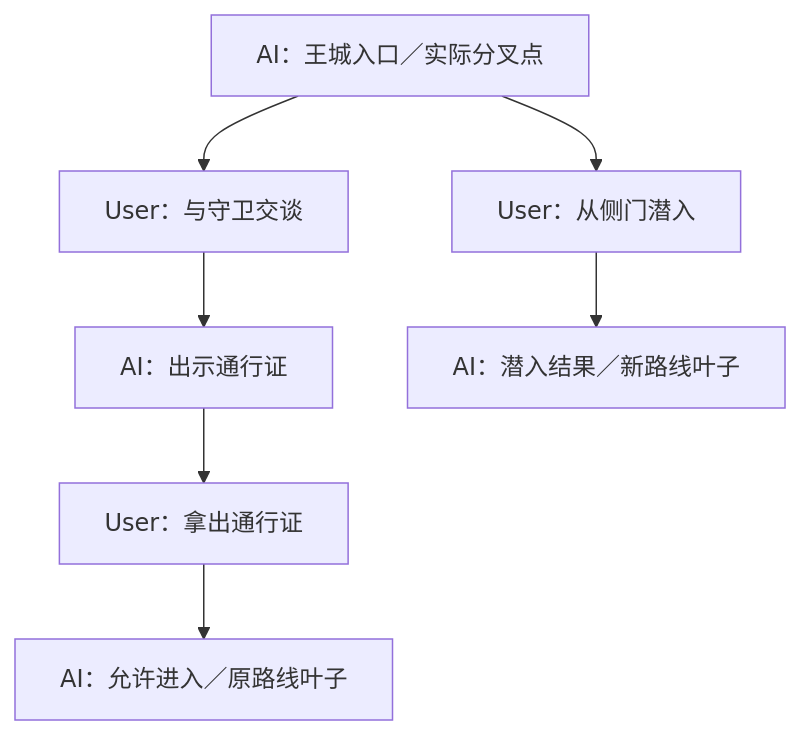
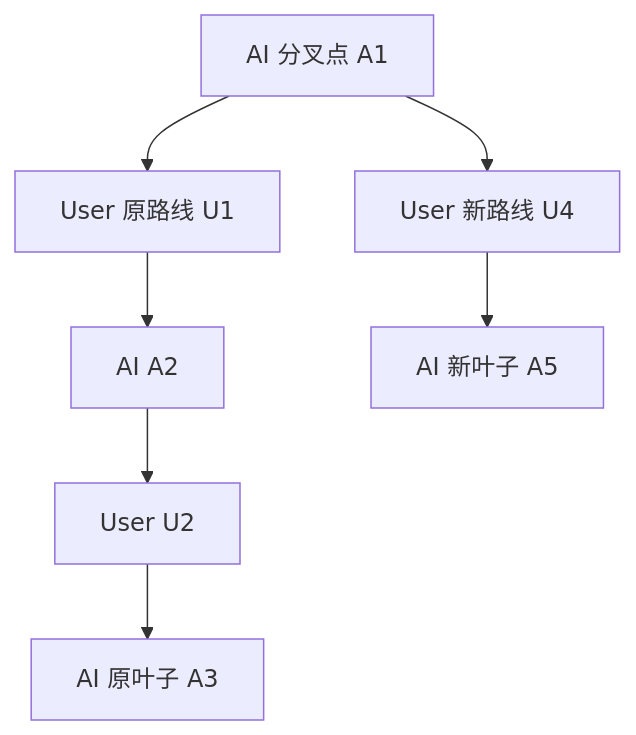
One commit to huiru-wang/SillyRealms changed the second of 2 diagrams in docs/design/session.md. Above: the diagram before and after it, drawn with Mermaid. The commit also changed other lines of this file and 5 other files, not shown here.

````diff
--- a/docs/design/session.md
+++ b/docs/design/session.md
@@ -54,9 +107,9 @@
 ```mermaid
 flowchart TD
-    A1[AI：王城入口／实际分叉点] --> U1[User：与守卫交谈]
-    A1 --> U4[User：从侧门潜入]
-    U1 --> A2[AI：出示通行证]
-    A2 --> U2[User：拿出通行证]
-    U2 --> A3[AI：允许进入／原路线叶子]
-    U4 --> A5[AI：潜入结果／新路线叶子]
+  A1[AI 分叉点 A1] --> U1[User 原路线 U1]
+  A1 --> U4[User 新路线 U4]
+  U1 --> A2[AI A2]
+  A2 --> U2[User U2]
+  U2 --> A3[AI 原叶子 A3]
+  U4 --> A5[AI 新叶子 A5]
 ```
````
